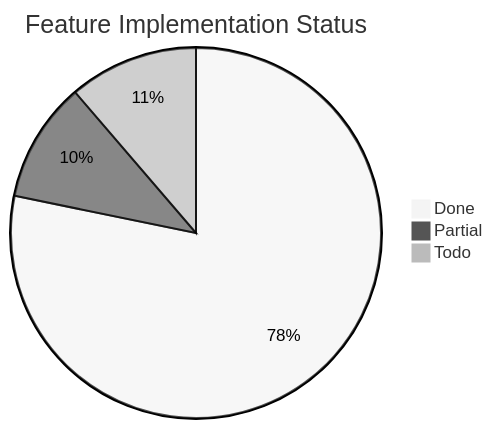
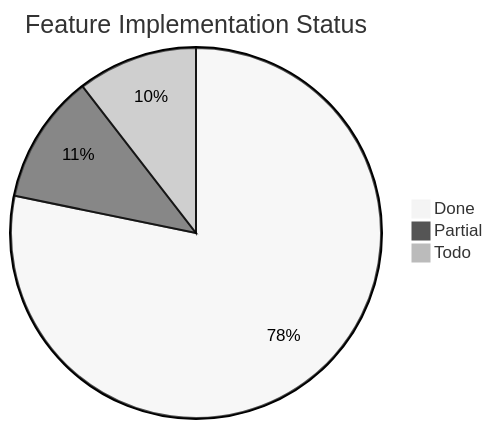
One commit to Papyrine/Morph changed the third of 3 diagrams in docs/word-features.md. Above: the diagram before and after it, drawn with Mermaid (neutral theme). The commit also changed other lines of this file and 18 other files, not shown here.

````diff
--- a/docs/word-features.md
+++ b/docs/word-features.md
@@ -1916,6 +1920,6 @@
 ```mermaid
 pie title Feature Implementation Status
     "Done" : 97
-    "Partial" : 13
-    "Todo" : 14
+    "Partial" : 14
+    "Todo" : 13
 ```
````
